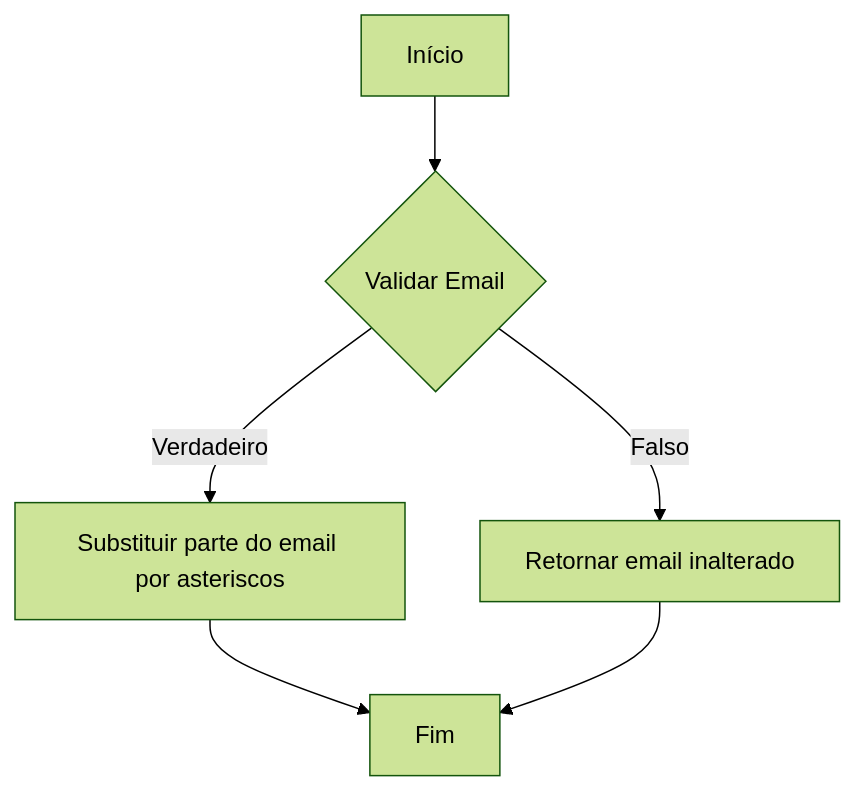
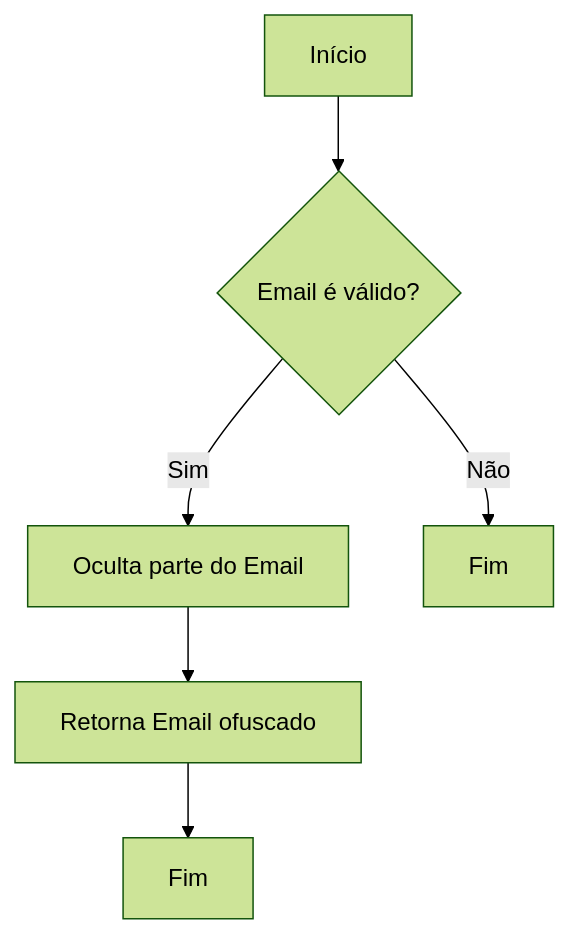
One commit to IsthmusSistemas/documentacao-tecnica changed the first of 2 diagrams in docs/b2b-dominio/IsthmusWinthor.Nucleo/IsthmusWinthor.Dominio/POCO/EnderecoEmail.md. Above: the diagram before and after it, drawn with Mermaid (forest theme). The commit also changed other lines of this file and 882 other files, not shown here.

````diff
--- a/docs/b2b-dominio/IsthmusWinthor.Nucleo/IsthmusWinthor.Dominio/POCO/EnderecoEmail.md
+++ b/docs/b2b-dominio/IsthmusWinthor.Nucleo/IsthmusWinthor.Dominio/POCO/EnderecoEmail.md
@@ -17,8 +19,8 @@
 ```mermaid
 flowchart TD
-    A[Início] --> B{Validar Email}
-    B -- Verdadeiro --> C[Substituir parte do email por asteriscos]
-    B -- Falso --> D[Retornar email inalterado]
-    C --> E[Fim]
-    D --> E
+    A[Início] --> B{Email é válido?}
+    B -- Sim --> C[Oculta parte do Email]
+    B -- Não --> D[Fim]
+    C --> E[Retorna Email ofuscado]
+    E --> F[Fim]
 ```
````
